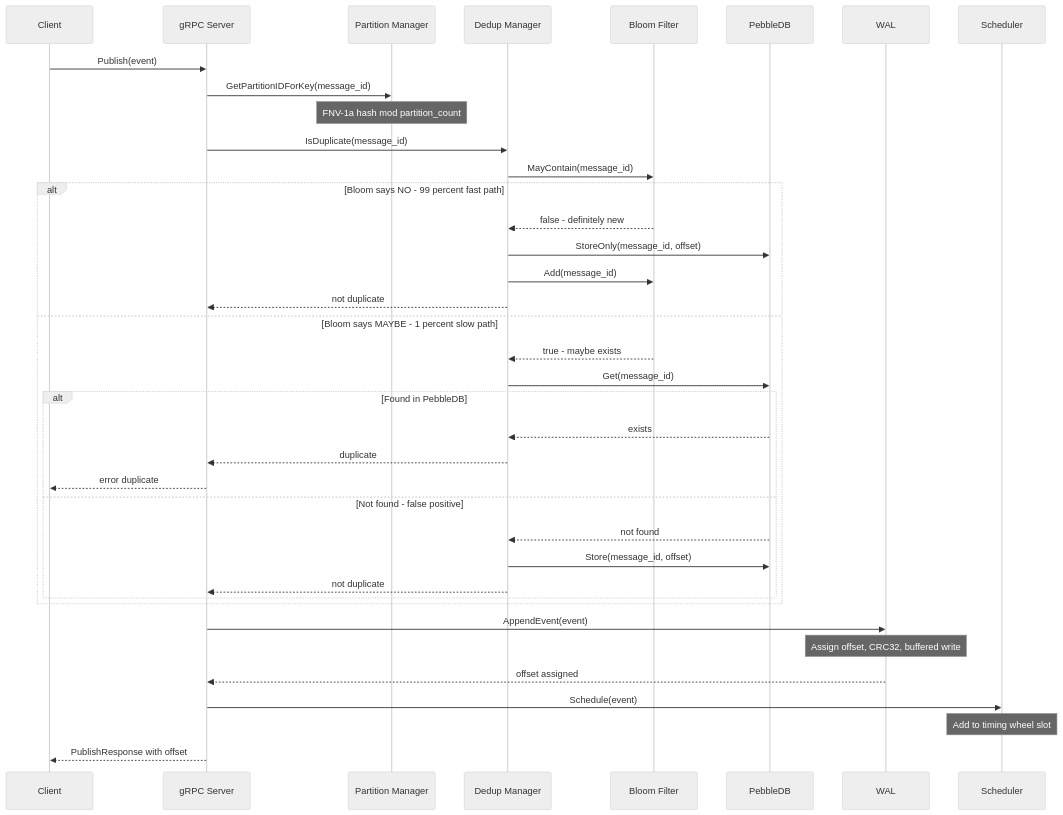
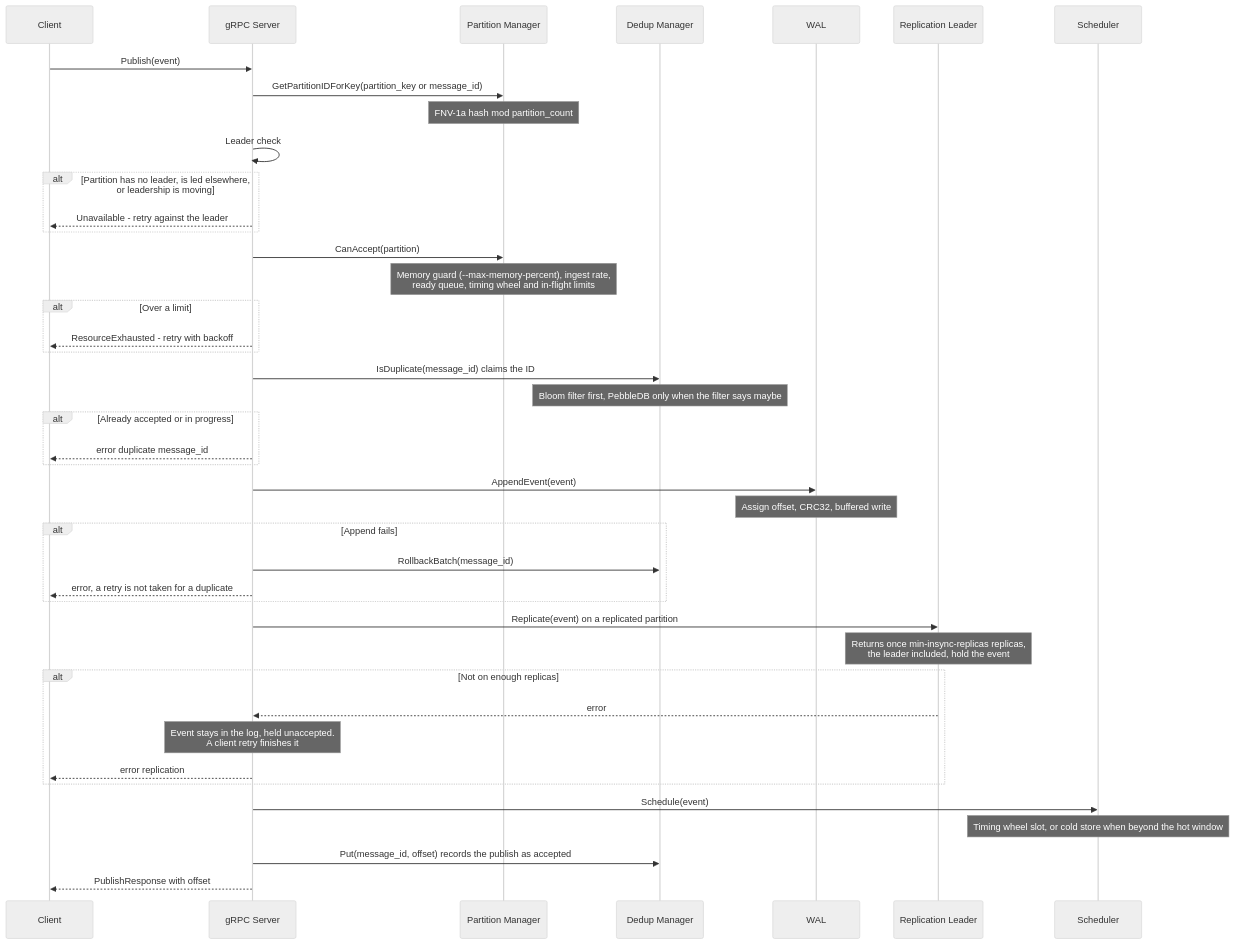
Before and after one commit to jatin711-debug/cronos_db_golang: the fourth of 47 diagrams in ARCHITECTURE.md, drawn with Mermaid (neutral theme). The commit also changed other lines of this file and 31 other files, not shown here.

````diff
--- a/ARCHITECTURE.md
+++ b/ARCHITECTURE.md
@@ -181,45 +192,51 @@
 ```mermaid
 sequenceDiagram
     participant Client
     participant gRPC as gRPC Server
     participant PM as Partition Manager
     participant DD as Dedup Manager
-    participant BF as Bloom Filter
-    participant PDB as PebbleDB
     participant WAL as WAL
+    participant REPL as Replication Leader
     participant SCH as Scheduler
 
     Client->>gRPC: Publish(event)
-    gRPC->>PM: GetPartitionIDForKey(message_id)
+    gRPC->>PM: GetPartitionIDForKey(partition_key or message_id)
     Note over PM: FNV-1a hash mod partition_count
 
-    gRPC->>DD: IsDuplicate(message_id)
-    DD->>BF: MayContain(message_id)
+    gRPC->>gRPC: Leader check
+    alt Partition has no leader, is led elsewhere, or leadership is moving
+        gRPC-->>Client: Unavailable - retry against the leader
+    end
 
-    alt Bloom says NO - 99 percent fast path
-        BF-->>DD: false - definitely new
-        DD->>PDB: StoreOnly(message_id, offset)
-        DD->>BF: Add(message_id)
-        DD-->>gRPC: not duplicate
-    else Bloom says MAYBE - 1 percent slow path
-        BF-->>DD: true - maybe exists
-        DD->>PDB: Get(message_id)
-        alt Found in PebbleDB
-            PDB-->>DD: exists
-            DD-->>gRPC: duplicate
-            gRPC-->>Client: error duplicate
-        else Not found - false positive
-            PDB-->>DD: not found
-            DD->>PDB: Store(message_id, offset)
-            DD-->>gRPC: not duplicate
-        end
+    gRPC->>PM: CanAccept(partition)
+    Note over PM: Memory guard (--max-memory-percent), ingest rate,<br/>ready queue, timing wheel and in-flight limits
+    alt Over a limit
+        gRPC-->>Client: ResourceExhausted - retry with backoff
+    end
+
+    gRPC->>DD: IsDuplicate(message_id) claims the ID
+    Note over DD: Bloom filter first, PebbleDB only when the filter says maybe
+    alt Already accepted or in progress
+        gRPC-->>Client: error duplicate message_id
     end
 
     gRPC->>WAL: AppendEvent(event)
     Note over WAL: Assign offset, CRC32, buffered write
-    WAL-->>gRPC: offset assigned
+    alt Append fails
+        gRPC->>DD: RollbackBatch(message_id)
+        gRPC-->>Client: error, a retry is not taken for a duplicate
+    end
+
+    gRPC->>REPL: Replicate(event) on a replicated partition
+    Note over REPL: Returns once min-insync-replicas replicas,<br/>the leader included, hold the event
+    alt Not on enough replicas
+        REPL-->>gRPC: error
+        Note over gRPC: Event stays in the log, held unaccepted.<br/>A client retry finishes it
+        gRPC-->>Client: error replication
+    end
 
     gRPC->>SCH: Schedule(event)
-    Note over SCH: Add to timing wheel slot
+    Note over SCH: Timing wheel slot, or cold store when beyond the hot window
+    gRPC->>DD: Put(message_id, offset) records the publish as accepted
     gRPC-->>Client: PublishResponse with offset
 ```
````
